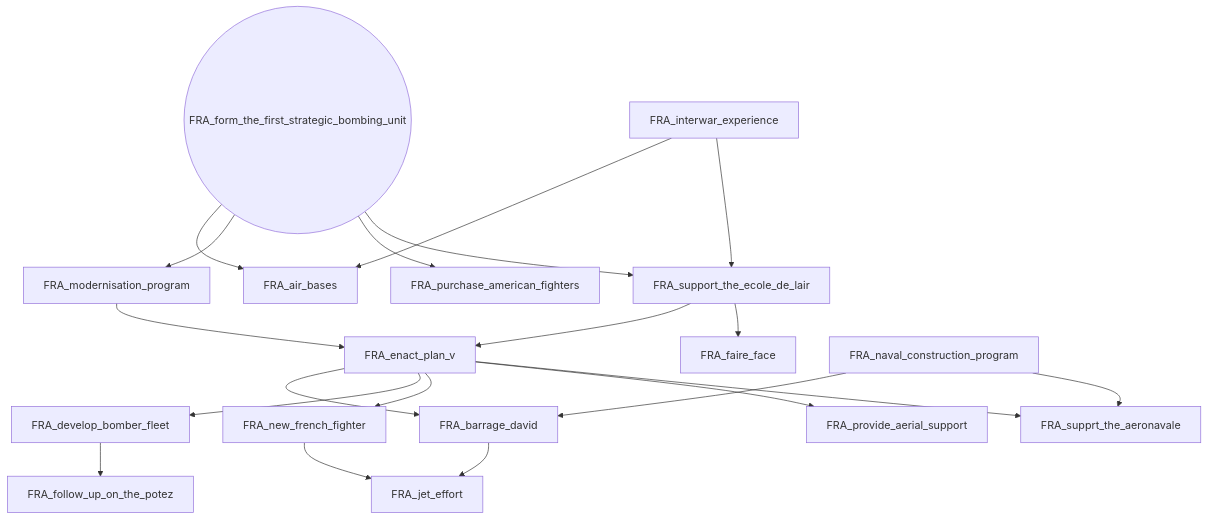
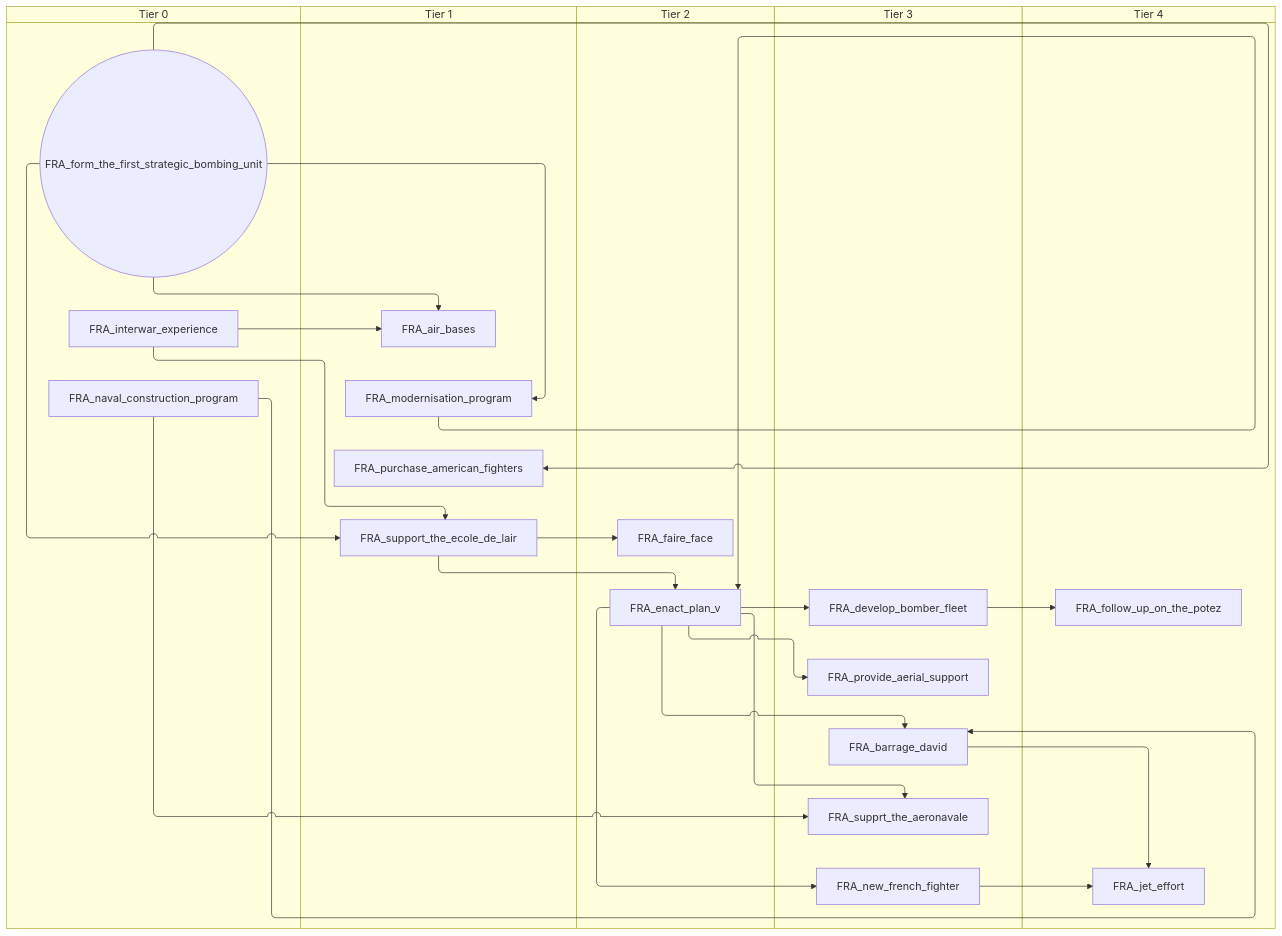
The seventh of 14 diagrams in docs/gdd/National Focuses/france.md (evgeny-sobol/hoi4-sandbox-mode-r56), drawn with Mermaid before and after one commit. The commit also changed other lines of this file and 423 other files, not shown here.

First line of the commit message:
Re-export Rt56 focus trees as swimlane diagrams

````diff
--- a/docs/gdd/National Focuses/france.md
+++ b/docs/gdd/National Focuses/france.md
@@ -497,38 +579,48 @@
 ```mermaid
-flowchart TD
-    n166["FRA_air_bases"]
-    n3["FRA_barrage_david"]
-    n167["FRA_develop_bomber_fleet"]
-    n10["FRA_enact_plan_v"]
-    n168["FRA_faire_face"]
-    n169["FRA_follow_up_on_the_potez"]
-    n170(("FRA_form_the_first_strategic_bombing_unit"))
-    n171["FRA_interwar_experience"]
-    n14["FRA_jet_effort"]
-    n172["FRA_modernisation_program"]
-    n17["FRA_naval_construction_program"]
-    n19["FRA_new_french_fighter"]
-    n173["FRA_provide_aerial_support"]
-    n174["FRA_purchase_american_fighters"]
-    n175["FRA_support_the_ecole_de_lair"]
-    n23["FRA_supprt_the_aeronavale"]
-    n171 --> n166
-    n170 --> n166
-    n10 --> n3
-    n17 --> n3
-    n10 --> n167
-    n175 --> n10
-    n172 --> n10
-    n175 --> n168
-    n167 --> n169
-    n19 --> n14
-    n3 --> n14
-    n170 --> n172
-    n10 --> n19
-    n10 --> n173
-    n170 --> n174
-    n170 --> n175
-    n171 --> n175
-    n10 --> n23
-    n17 --> n23
+swimlane-beta TD
+    subgraph tier_0["Tier 0"]
+        n166(("FRA_form_the_first_strategic_bombing_unit"))
+        n167["FRA_interwar_experience"]
+        n18["FRA_naval_construction_program"]
+    end
+    subgraph tier_1["Tier 1"]
+        n168["FRA_air_bases"]
+        n169["FRA_modernisation_program"]
+        n170["FRA_purchase_american_fighters"]
+        n171["FRA_support_the_ecole_de_lair"]
+    end
+    subgraph tier_2["Tier 2"]
+        n2["FRA_enact_plan_v"]
+        n172["FRA_faire_face"]
+    end
+    subgraph tier_3["Tier 3"]
+        n19["FRA_barrage_david"]
+        n173["FRA_develop_bomber_fleet"]
+        n3["FRA_new_french_fighter"]
+        n174["FRA_provide_aerial_support"]
+        n24["FRA_supprt_the_aeronavale"]
+    end
+    subgraph tier_4["Tier 4"]
+        n175["FRA_follow_up_on_the_potez"]
+        n25["FRA_jet_effort"]
+    end
+    n167 --> n168
+    n166 --> n168
+    n2 --> n19
+    n18 --> n19
+    n2 --> n173
+    n171 --> n2
+    n169 --> n2
+    n171 --> n172
+    n173 --> n175
+    n3 --> n25
+    n19 --> n25
+    n166 --> n169
+    n2 --> n3
+    n2 --> n174
+    n166 --> n170
+    n166 --> n171
+    n167 --> n171
+    n2 --> n24
+    n18 --> n24
 ```
````
